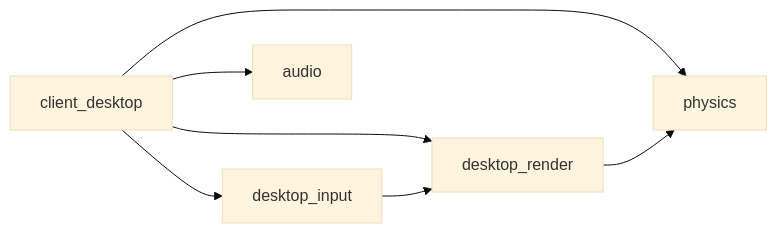
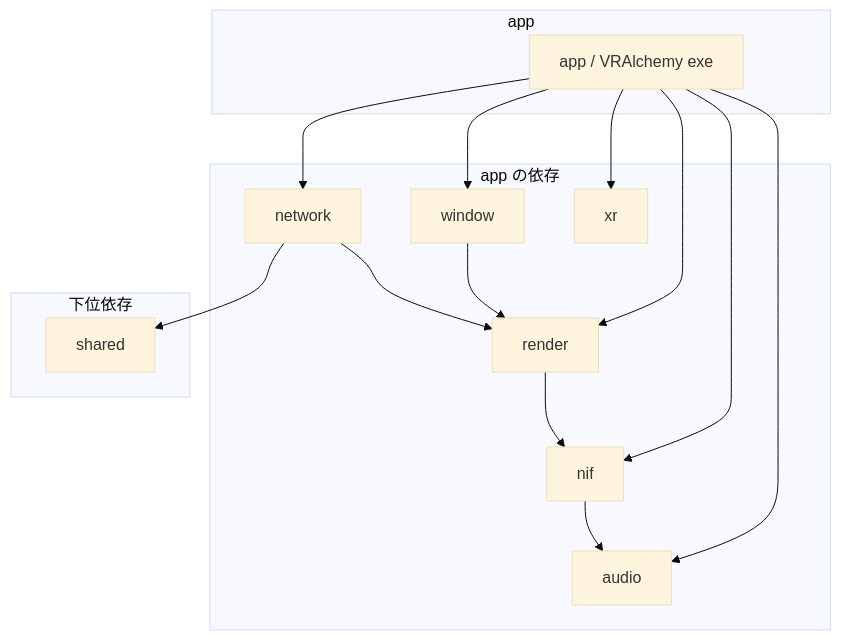
The sixth of 9 diagrams in docs/architecture/rust/desktop_client.md (FRICK-ELDY/alchemy-engine), drawn with Mermaid (base theme) before and after one commit. The commit also changed other lines of this file and 11 other files, not shown here.

````diff
--- a/docs/architecture/rust/desktop_client.md
+++ b/docs/architecture/rust/desktop_client.md
@@ -205,15 +205,31 @@
 ```mermaid
-graph LR
-    DCLIENT[client_desktop]
-    DINPUT[desktop_input]
-    DRENDER[desktop_render]
-    PHYSICS[physics]
-    AUDIO[audio]
+graph TB
+    subgraph app
+        APP[app / VRAlchemy exe]
+    end
 
-    DCLIENT --> DINPUT
-    DCLIENT --> DRENDER
-    DCLIENT --> PHYSICS
-    DCLIENT --> AUDIO
-    DINPUT --> DRENDER
-    DRENDER --> PHYSICS
+    subgraph deps [app の依存]
+        NETWORK[network]
+        RENDER[render]
+        WINDOW[window]
+        NIF[nif]
+        XR[xr]
+        AUDIO[audio]
+    end
+
+    subgraph deps2 [下位依存]
+        SHARED[shared]
+    end
+
+    APP --> NETWORK
+    APP --> RENDER
+    APP --> WINDOW
+    APP --> NIF
+    APP --> XR
+    APP --> AUDIO
+    WINDOW --> RENDER
+    RENDER --> NIF
+    NETWORK --> RENDER
+    NETWORK --> SHARED
+    NIF --> AUDIO
 ```
````
